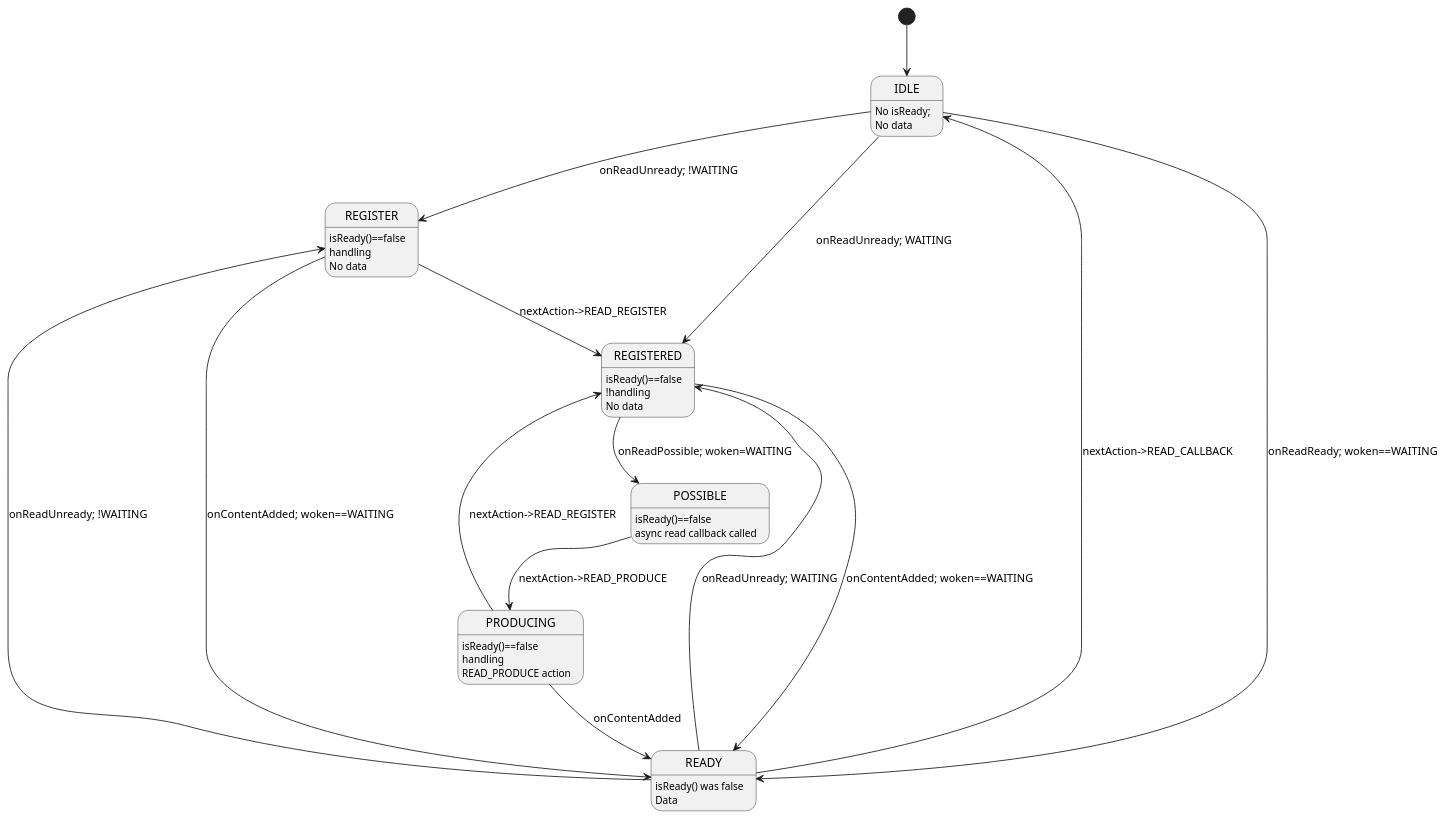
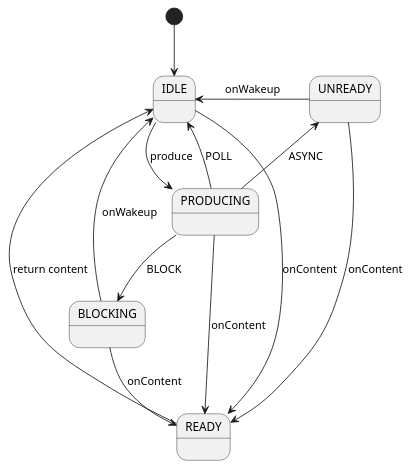
Before and after one commit to yangdy-buji/jetty.project: the diagram in jetty-server/src/main/java/org/eclipse/jetty/server/HttpInputState.puml, drawn with PlantUML. The commit also changed 1 other file, not shown here.

Commit message:
Interaction and state diagrams

```diff
--- a/jetty-server/src/main/java/org/eclipse/jetty/server/HttpInputState.puml
+++ b/jetty-server/src/main/java/org/eclipse/jetty/server/HttpInputState.puml
@@ -1,51 +1,29 @@
 @startuml
 
 
-IDLE:No isReady;
-IDLE:No data
-
-REGISTER:isReady()==false
-REGISTER:handling
-REGISTER:No data
-
-REGISTERED:isReady()==false
-REGISTERED:!handling
-REGISTERED: No data
-
-POSSIBLE:isReady()==false
-POSSIBLE: async read callback called
-
-PRODUCING:isReady()==false
-PRODUCING:handling
-PRODUCING:READ_PRODUCE action
-
-READY:isReady() was false
-READY:Data
+IDLE:
+PRODUCING:
+BLOCKING:
+UNREADY:
+READY:
 
 
 [*] --> IDLE
 
-IDLE --> REGISTER : onReadUnready; !WAITING
-IDLE -> REGISTERED : onReadUnready; WAITING
+IDLE --> PRODUCING : produce
 
-REGISTER --> REGISTERED : nextAction->READ_REGISTER
+PRODUCING --> READY : onContent
+BLOCKING --> READY : onContent
+UNREADY --> READY : onContent
+IDLE --> READY : onContent
 
-REGISTERED --> POSSIBLE : onReadPossible; woken=WAITING
-
-POSSIBLE --> PRODUCING : nextAction->READ_PRODUCE
-
-PRODUCING --> READY : onContentAdded
-
-READY -left-> IDLE : nextAction->READ_CALLBACK
-PRODUCING -left-> REGISTERED : nextAction->READ_REGISTER
-
-READY -left-> REGISTERED : onReadUnready; WAITING
-READY -left-> REGISTER : onReadUnready; !WAITING
-
-REGISTER -right-> READY : onContentAdded; woken==WAITING
-REGISTERED -right-> READY : onContentAdded; woken==WAITING
-
-IDLE -right-> READY : onReadReady; woken==WAITING
+BLOCKING -up-> IDLE : onWakeup
+UNREADY -left-> IDLE : onWakeup
 
 
+PRODUCING -left-> IDLE : POLL
+PRODUCING --> BLOCKING : BLOCK
+PRODUCING -left-> UNREADY : ASYNC
+
+READY -up-> IDLE : return content
 @enduml
```
